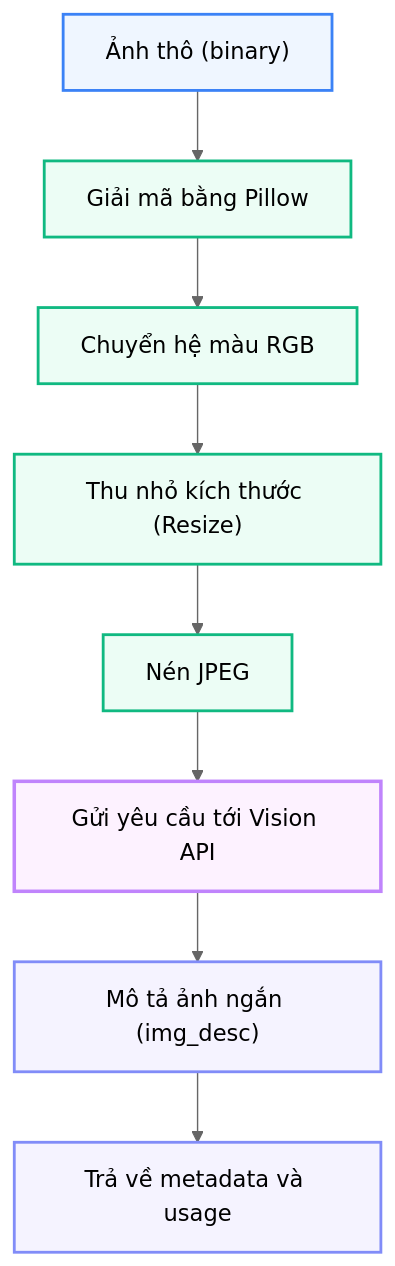
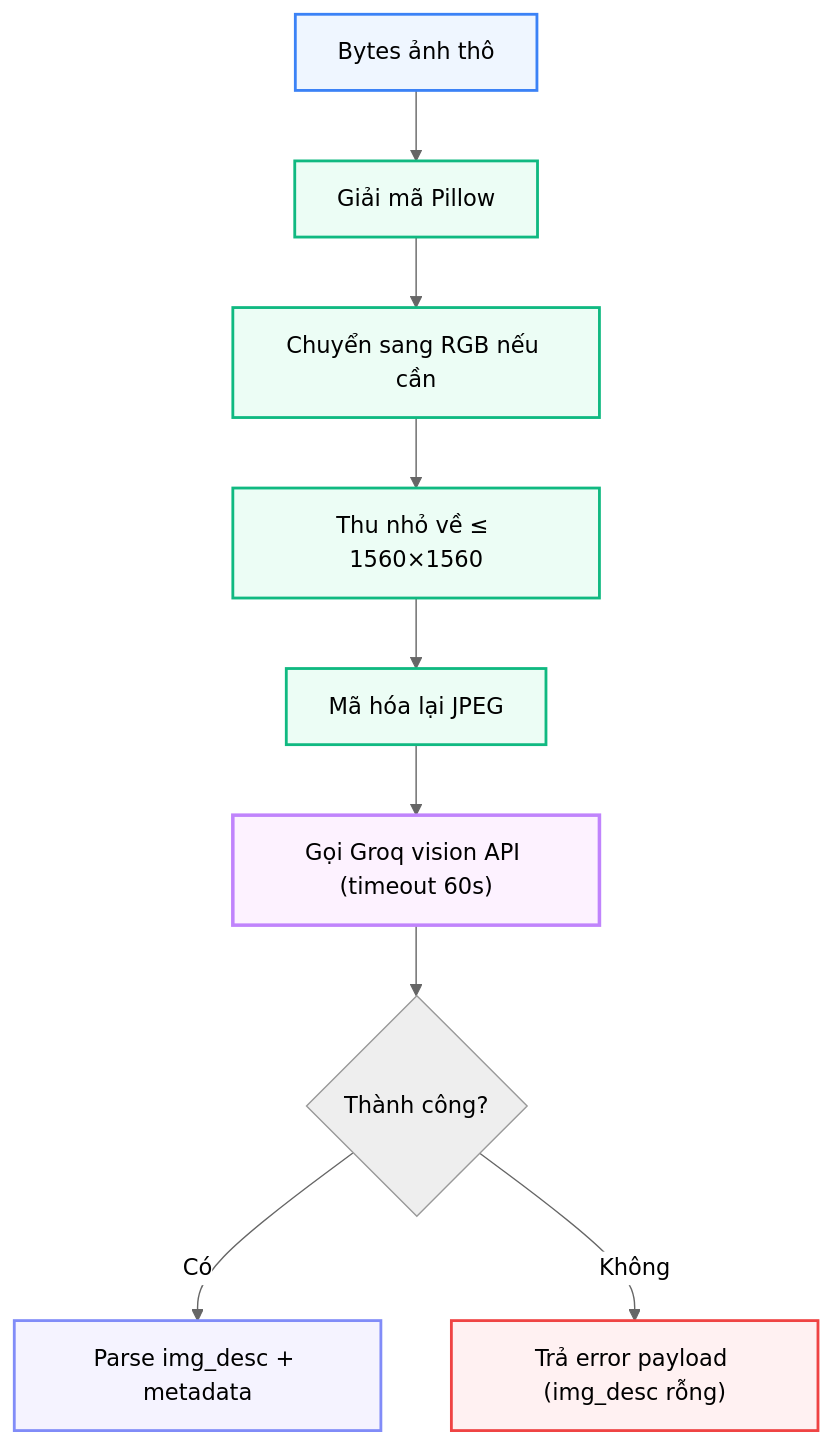
The diagram in docs/modules/n2_image_processing.md (ltk6/travel-exp-planner), drawn with Mermaid (neutral theme) before and after one commit. The commit also changed other lines of this file and 52 other files, not shown here.

````diff
--- a/docs/modules/n2_image_processing.md
+++ b/docs/modules/n2_image_processing.md
@@ -152,16 +100,18 @@
 ```mermaid
 %%{init: {'flowchart': {'useMaxWidth': false}}}%%
 graph TD
-    classDef client fill:#eff6ff,stroke:#3b82f6,stroke-width:2px,color:#000000;
+    classDef in fill:#eff6ff,stroke:#3b82f6,stroke-width:2px,color:#000000;
     classDef op fill:#ecfdf5,stroke:#10b981,stroke-width:2px,color:#000000;
     classDef api fill:#fdf2ff,stroke:#c084fc,stroke-width:2.5px,color:#000000;
     classDef out fill:#f5f3ff,stroke:#818cf8,stroke-width:2px,color:#000000;
-    
-    A["Ảnh thô (binary)"]:::client --> B["Giải mã bằng Pillow"]:::op
-    B --> C["Chuyển hệ màu RGB"]:::op
-    C --> D["Thu nhỏ kích thước (Resize)"]:::op
-    D --> E["Nén JPEG"]:::op
-    E --> F["Gửi yêu cầu tới Vision API"]:::api
-    F --> G["Mô tả ảnh ngắn (img_desc)"]:::out
-    G --> H["Trả về metadata và usage"]:::out
+    classDef err fill:#fff1f2,stroke:#ef4444,stroke-width:2px,color:#000000;
+
+    A["Bytes ảnh thô"]:::in --> B["Giải mã Pillow"]:::op
+    B --> C["Chuyển sang RGB nếu cần"]:::op
+    C --> D["Thu nhỏ về ≤ 1560×1560"]:::op
+    D --> E["Mã hóa lại JPEG"]:::op
+    E --> F["Gọi Groq vision API (timeout 60s)"]:::api
+    F --> G{Thành công?}
+    G -- "Có" --> H["Parse img_desc + metadata"]:::out
+    G -- "Không" --> I["Trả error payload (img_desc rỗng)"]:::err
 ```
````
